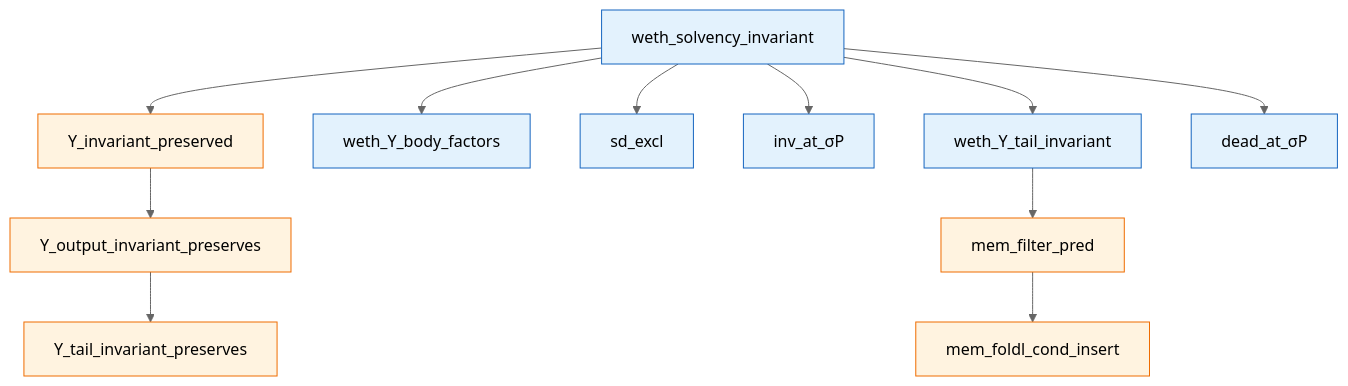
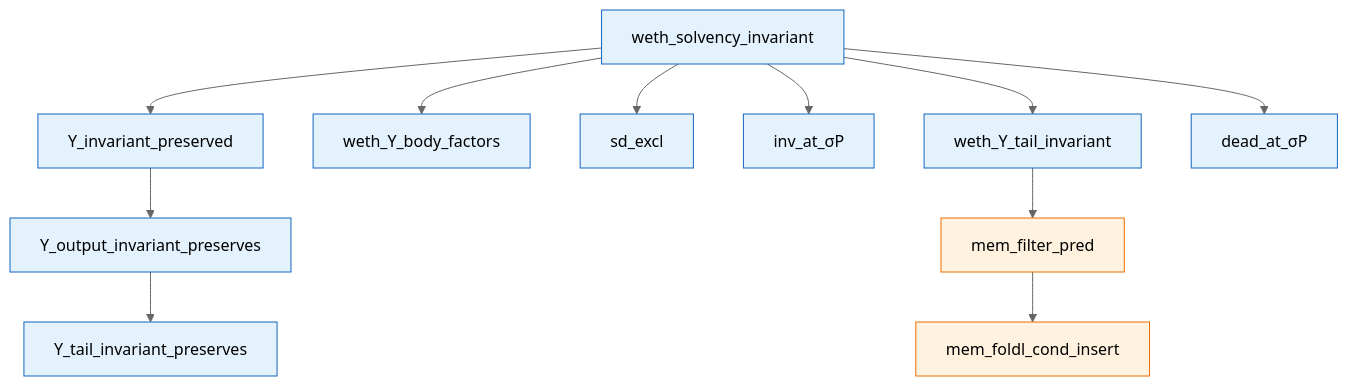
One commit to leonardoalt/evm-smith changed the first of 2 diagrams in EvmSmith/Demos/Weth/REPORT_WETH.md. Above: the diagram before and after it, drawn with Mermaid (neutral theme). The commit also changed other lines of this file and 2 other files, not shown here.

````diff
--- a/EvmSmith/Demos/Weth/REPORT_WETH.md
+++ b/EvmSmith/Demos/Weth/REPORT_WETH.md
@@ -197,26 +208,26 @@
 ```mermaid
 graph TD
   EvmSmith_Weth_weth_solvency_invariant["weth_solvency_invariant"]:::weth
-  EvmYul_Frame_Υ_invariant_preserved["Υ_invariant_preserved"]:::frame
+  EvmYul_Frame_Υ_invariant_preserved["Υ_invariant_preserved"]:::weth
   EvmSmith_Weth_weth_Υ_body_factors["weth_Υ_body_factors"]:::weth
   EvmSmith_Weth_WethAssumptions_sd_excl["sd_excl"]:::weth
   EvmSmith_Weth_WethAssumptions_inv_at_σP["inv_at_σP"]:::weth
   EvmSmith_Weth_weth_Υ_tail_invariant["weth_Υ_tail_invariant"]:::weth
   EvmSmith_Weth_WethAssumptions_dead_at_σP["dead_at_σP"]:::weth
-  EvmYul_Frame_Υ_output_invariant_preserves["Υ_output_invariant_preserves"]:::frame
+  EvmYul_Frame_Υ_output_invariant_preserves["Υ_output_invariant_preserves"]:::weth
   EvmYul_Frame_mem_filter_pred["mem_filter_pred"]:::frame
-  EvmYul_Frame_Υ_tail_invariant_preserves["Υ_tail_invariant_preserves"]:::frame
+  EvmYul_Frame_Υ_tail_invariant_preserves["Υ_tail_invariant_preserves"]:::weth
   EvmYul_Frame_InternalFilter_mem_foldl_cond_insert["mem_foldl_cond_insert"]:::frame
   EvmSmith_Weth_weth_solvency_invariant --> EvmYul_Frame_Υ_invariant_preserved
   EvmSmith_Weth_weth_solvency_invariant --> EvmSmith_Weth_weth_Υ_body_factors
   EvmSmith_Weth_weth_solvency_invariant --> EvmSmith_Weth_WethAssumptions_sd_excl
   EvmSmith_Weth_weth_solvency_invariant --> EvmSmith_Weth_WethAssumptions_inv_at_σP
   EvmSmith_Weth_weth_solvency_invariant --> EvmSmith_Weth_weth_Υ_tail_invariant
   EvmSmith_Weth_weth_solvency_invariant --> EvmSmith_Weth_WethAssumptions_dead_at_σP
   EvmYul_Frame_Υ_invariant_preserved --> EvmYul_Frame_Υ_output_invariant_preserves
   EvmSmith_Weth_weth_Υ_tail_invariant --> EvmYul_Frame_mem_filter_pred
   EvmYul_Frame_Υ_output_invariant_preserves --> EvmYul_Frame_Υ_tail_invariant_preserves
   EvmYul_Frame_mem_filter_pred --> EvmYul_Frame_InternalFilter_mem_foldl_cond_insert
   classDef weth fill:#e3f2fd,stroke:#1565c0;
   classDef frame fill:#fff3e0,stroke:#ef6c00;
 ```
````
